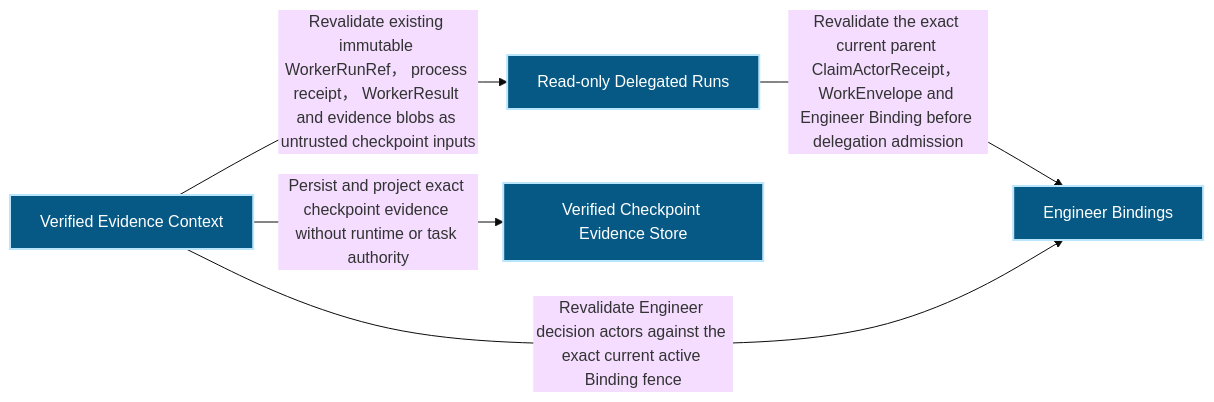
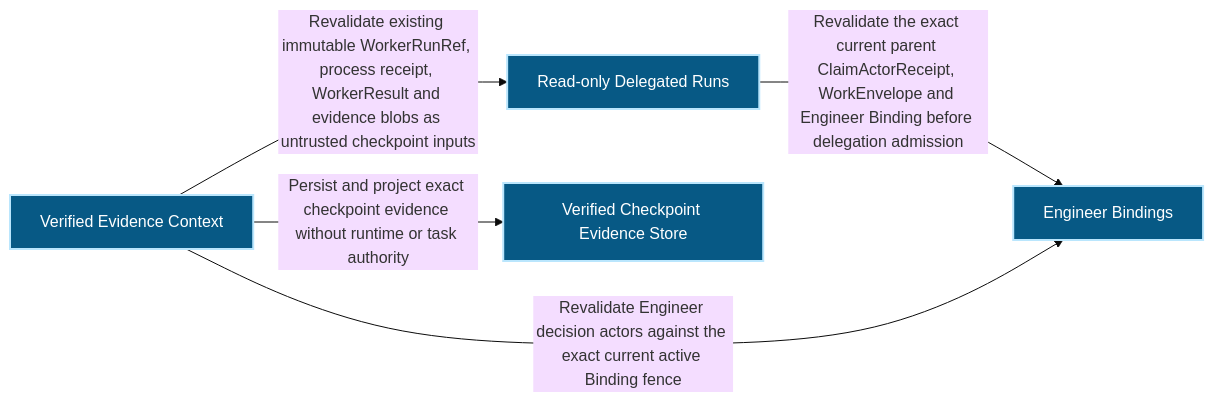
One commit to Ancienttwo/repo-harness changed the first of 2 diagrams in docs/architecture/modules/runtime-harness/verified-context.md. Above: the diagram before and after it, drawn with Mermaid (base theme). The commit also changed other lines of this file and 46 other files, not shown here.

First line of the commit message:
docs(architecture): re-project the architecture docs with archctx 0.7.1

````diff
--- a/docs/architecture/modules/runtime-harness/verified-context.md
+++ b/docs/architecture/modules/runtime-harness/verified-context.md
@@ -16,15 +16,15 @@
 ```mermaid
 flowchart LR
   p1_capability_runtime_harness_delegated_runs_e1654b07["Read-only Delegated Runs"]:::component
   p1_capability_runtime_harness_engineer_bindings_34c00f72["Engineer Bindings"]:::component
   p1_capability_runtime_harness_verified_context_7d943429["Verified Evidence Context"]:::component
   p1_component_verified_context_primary_77f941fd["Verified Checkpoint Evidence Store"]:::component
-  p1_capability_runtime_harness_delegated_runs_e1654b07 -->|"Revalidate the exact current parent ClaimActorReceipt， WorkEnvelope and Engineer Binding before delegation admission"| p1_capability_runtime_harness_engineer_bindings_34c00f72
-  p1_capability_runtime_harness_verified_context_7d943429 -->|"Revalidate existing immutable WorkerRunRef， process receipt， WorkerResult and evidence blobs as untrusted checkpoint inputs"| p1_capability_runtime_harness_delegated_runs_e1654b07
+  p1_capability_runtime_harness_delegated_runs_e1654b07 -->|"Revalidate the exact current parent ClaimActorReceipt#44; WorkEnvelope and Engineer Binding before delegation admission"| p1_capability_runtime_harness_engineer_bindings_34c00f72
+  p1_capability_runtime_harness_verified_context_7d943429 -->|"Revalidate existing immutable WorkerRunRef#44; process receipt#44; WorkerResult and evidence blobs as untrusted checkpoint inputs"| p1_capability_runtime_harness_delegated_runs_e1654b07
   p1_capability_runtime_harness_verified_context_7d943429 -->|"Revalidate Engineer decision actors against the exact current active Binding fence"| p1_capability_runtime_harness_engineer_bindings_34c00f72
   p1_capability_runtime_harness_verified_context_7d943429 -->|"Persist and project exact checkpoint evidence without runtime or task authority"| p1_component_verified_context_primary_77f941fd
   classDef actor fill:#111827,color:#ffffff,stroke:#f9fafb,stroke-width:2px
   classDef component fill:#075985,color:#ffffff,stroke:#bae6fd,stroke-width:2px
   classDef datastore fill:#3f6212,color:#ffffff,stroke:#d9f99d,stroke-width:2px
   classDef external fill:#7c2d12,color:#ffffff,stroke:#fed7aa,stroke-width:2px
 ```
````
